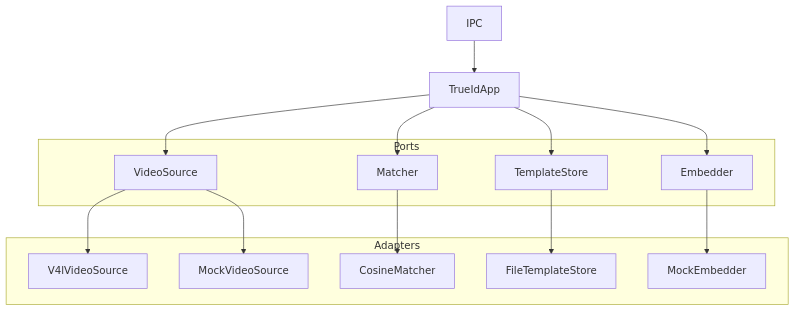
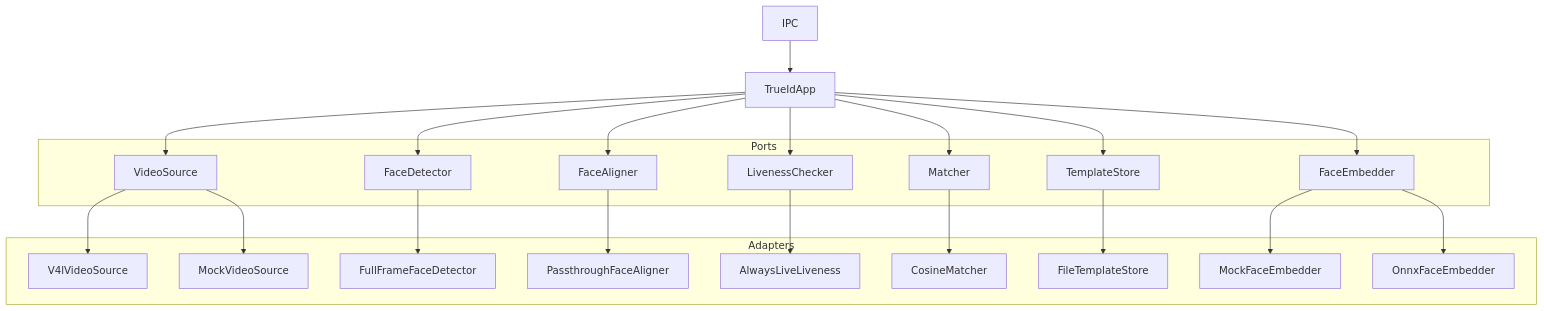
One commit to adilsaid64/trueid changed the first of 2 diagrams in docs/architecture.md. Above: the diagram before and after it, drawn with Mermaid. The commit also changed other lines of this file and 2 other files, not shown here.

`````diff
--- a/docs/architecture.md
+++ b/docs/architecture.md
@@ -20,33 +18,48 @@
 ```mermaid
 flowchart TD
     IPC[IPC]
     App[TrueIdApp]
 
     subgraph Ports
         Video[VideoSource]
-        Embedder[Embedder]
+        Det[FaceDetector]
+        Align[FaceAligner]
+        Live[LivenessChecker]
+        FaceEmb[FaceEmbedder]
         Matcher[Matcher]
         Store[TemplateStore]
     end
 
     subgraph Adapters
         V4L[V4lVideoSource]
         MockVideo[MockVideoSource]
+        MockDet[FullFrameFaceDetector]
+        MockAlign[PassthroughFaceAligner]
+        MockLive[AlwaysLiveLiveness]
         Cosine[CosineMatcher]
         FileStore[FileTemplateStore]
-        MockEmbedder[MockEmbedder]
+        MockEmb[MockFaceEmbedder]
+        OnnxFace[OnnxFaceEmbedder]
     end
 
     IPC --> App
 
     App --> Video
-    App --> Embedder
+    App --> Det
+    App --> Align
+    App --> Live
+    App --> FaceEmb
     App --> Matcher
     App --> Store
 
     Video --> V4L
     Video --> MockVideo
+    Det --> MockDet
+    Align --> MockAlign
+    Live --> MockLive
     Matcher --> Cosine
     Store --> FileStore
-    Embedder --> MockEmbedder
-````
+    FaceEmb --> MockEmb
+    FaceEmb --> OnnxFace
+
+```
`````
